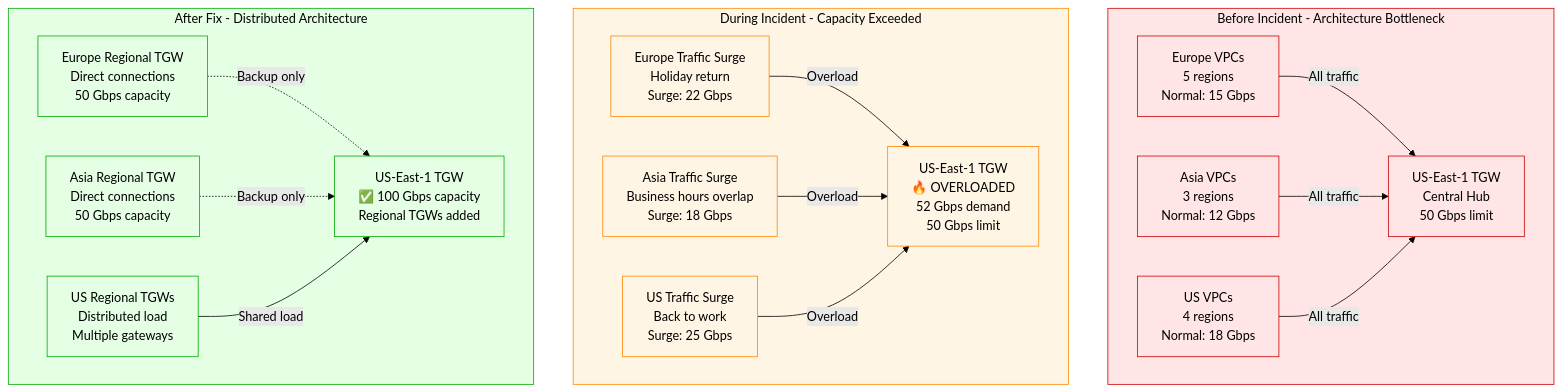
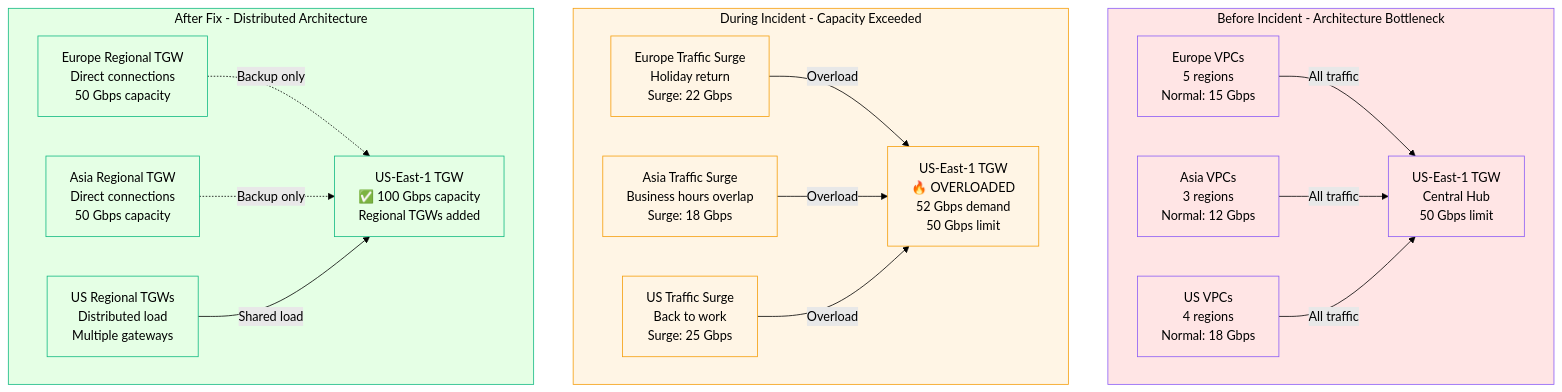
The second of 3 diagrams in site/docs/incidents/slack-2022.md (deepaucksharma/DS), drawn with Mermaid (forest theme) before and after one commit. The commit also changed other lines of this file and 303 other files, not shown here.

````diff
--- a/site/docs/incidents/slack-2022.md
+++ b/site/docs/incidents/slack-2022.md
@@ -223,52 +223,52 @@
 ```mermaid
 graph TB
     subgraph BeforeIncident["Before Incident - Architecture Bottleneck"]
-        style BeforeIncident fill:#FFE5E5,stroke:#CC0000,color:#000
+        style BeforeIncident fill:#FFE5E5,stroke:#8B5CF6,color:#000
 
         USEastTGW["US-East-1 TGW<br/>Central Hub<br/>50 Gbps limit"]
 
         EuropeVPCs["Europe VPCs<br/>5 regions<br/>Normal: 15 Gbps"]
         AsiaVPCs["Asia VPCs<br/>3 regions<br/>Normal: 12 Gbps"]
         USVPCs["US VPCs<br/>4 regions<br/>Normal: 18 Gbps"]
 
         EuropeVPCs -->|"All traffic"| USEastTGW
         AsiaVPCs -->|"All traffic"| USEastTGW
         USVPCs -->|"All traffic"| USEastTGW
     end
 
     subgraph DuringIncident["During Incident - Capacity Exceeded"]
-        style DuringIncident fill:#FFF5E5,stroke:#FF8800,color:#000
+        style DuringIncident fill:#FFF5E5,stroke:#F59E0B,color:#000
 
         OverloadedTGW["US-East-1 TGW<br/>🔥 OVERLOADED<br/>52 Gbps demand<br/>50 Gbps limit"]
 
         SurgeEurope["Europe Traffic Surge<br/>Holiday return<br/>Surge: 22 Gbps"]
         SurgeAsia["Asia Traffic Surge<br/>Business hours overlap<br/>Surge: 18 Gbps"]
         SurgeUS["US Traffic Surge<br/>Back to work<br/>Surge: 25 Gbps"]
 
         SurgeEurope -->|"Overload"| OverloadedTGW
         SurgeAsia -->|"Overload"| OverloadedTGW
         SurgeUS -->|"Overload"| OverloadedTGW
     end
 
     subgraph AfterFix["After Fix - Distributed Architecture"]
-        style AfterFix fill:#E5FFE5,stroke:#00AA00,color:#000
+        style AfterFix fill:#E5FFE5,stroke:#10B981,color:#000
 
         ScaledTGW["US-East-1 TGW<br/>✅ 100 Gbps capacity<br/>Regional TGWs added"]
 
         EuropeDirectTGW["Europe Regional TGW<br/>Direct connections<br/>50 Gbps capacity"]
         AsiaDirectTGW["Asia Regional TGW<br/>Direct connections<br/>50 Gbps capacity"]
         USRegionalTGW["US Regional TGWs<br/>Distributed load<br/>Multiple gateways"]
 
         EuropeDirectTGW -.->|"Backup only"| ScaledTGW
         AsiaDirectTGW -.->|"Backup only"| ScaledTGW
         USRegionalTGW -->|"Shared load"| ScaledTGW
     end
 
-    classDef beforeStyle fill:#FFE5E5,stroke:#CC0000,color:#000
-    classDef duringStyle fill:#FFF5E5,stroke:#FF8800,color:#000
-    classDef afterStyle fill:#E5FFE5,stroke:#00AA00,color:#000
+    classDef beforeStyle fill:#FFE5E5,stroke:#8B5CF6,color:#000
+    classDef duringStyle fill:#FFF5E5,stroke:#F59E0B,color:#000
+    classDef afterStyle fill:#E5FFE5,stroke:#10B981,color:#000
 
     class USEastTGW,EuropeVPCs,AsiaVPCs,USVPCs beforeStyle
     class OverloadedTGW,SurgeEurope,SurgeAsia,SurgeUS duringStyle
     class ScaledTGW,EuropeDirectTGW,AsiaDirectTGW,USRegionalTGW afterStyle
 ```
````
